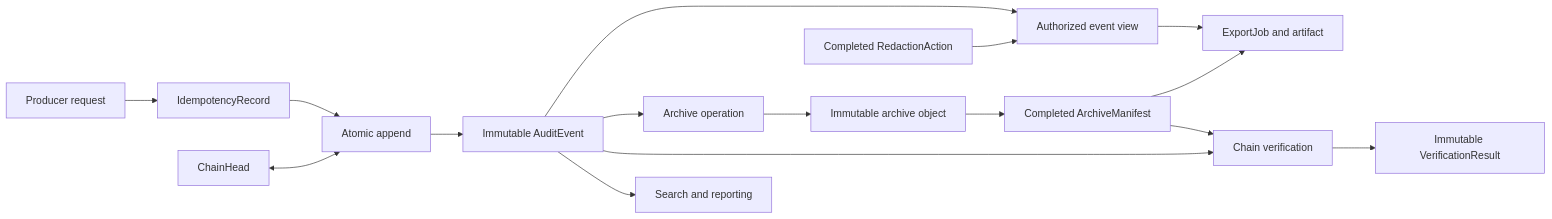
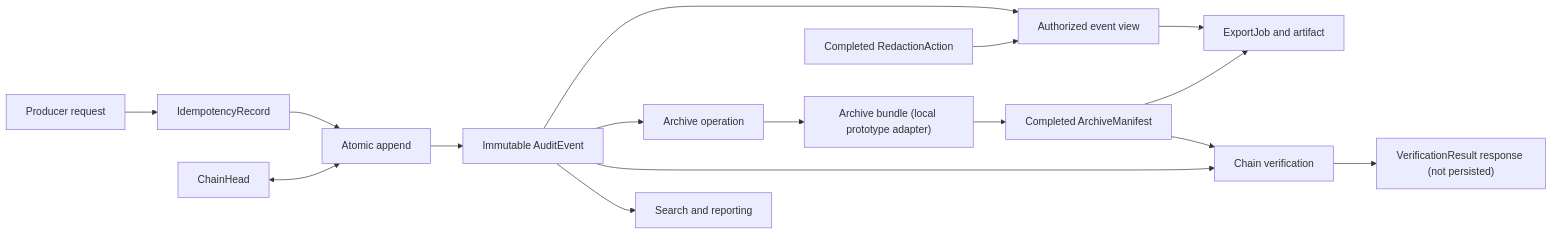
One commit to Praveen583-AI/auditLogService changed the second of 2 diagrams in docs/diagrams/domain-model.md. Above: the diagram before and after it, drawn with Mermaid. The commit also changed 24 other files, not shown here.

````diff
--- a/docs/diagrams/domain-model.md
+++ b/docs/diagrams/domain-model.md
@@ -115,21 +115,21 @@
 ```mermaid
 flowchart LR
     Producer["Producer request"] --> Idempotency["IdempotencyRecord"]
     Idempotency --> Append["Atomic append"]
     Head["ChainHead"] <--> Append
     Append --> Event["Immutable AuditEvent"]
 
     Event --> Query["Search and reporting"]
     Event --> Verify["Chain verification"]
     Archive["Completed ArchiveManifest"] --> Verify
-    Verify --> Result["Immutable VerificationResult"]
+    Verify --> Result["VerificationResult response (not persisted)"]
 
     Event --> ArchiveProcess["Archive operation"]
-    ArchiveProcess --> ArchiveObject["Immutable archive object"]
+    ArchiveProcess --> ArchiveObject["Archive bundle (local prototype adapter)"]
     ArchiveObject --> Archive
 
     Event --> View["Authorized event view"]
     Redaction["Completed RedactionAction"] --> View
     View --> Export["ExportJob and artifact"]
     Archive --> Export
 ```
````
